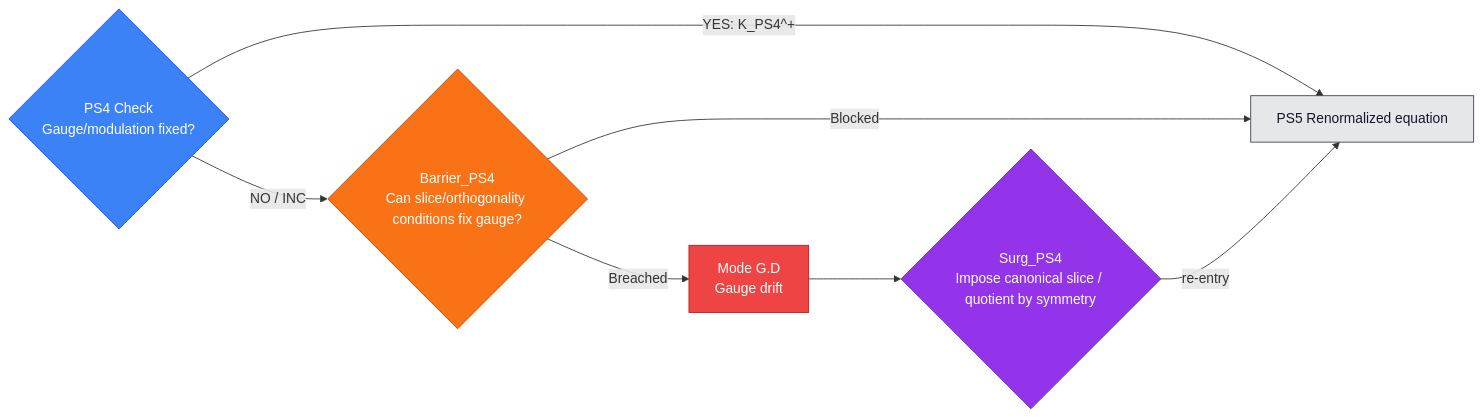
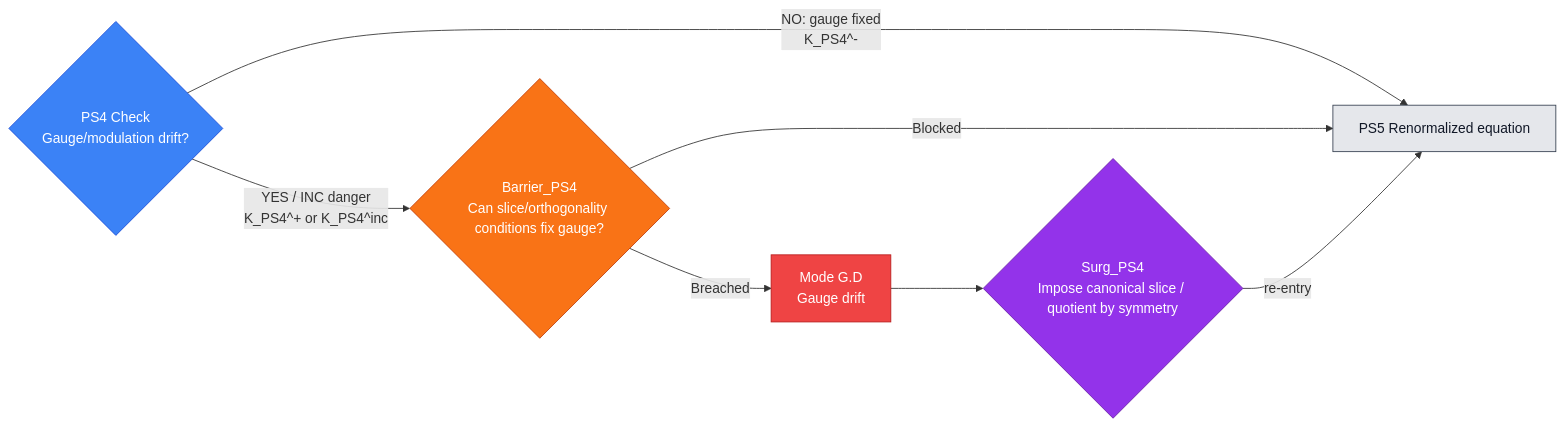
One commit to Guillemdb/hypostructure changed the tenth of 54 diagrams in docs/source/1_hypostructure_formalism/edits/new_sieve.md. Above: the diagram before and after it, drawn with Mermaid. The commit also changed other lines of this file, not shown here.

````diff
--- a/docs/source/1_hypostructure_formalism/edits/new_sieve.md
+++ b/docs/source/1_hypostructure_formalism/edits/new_sieve.md
@@ -1254,23 +1275,23 @@
 ```mermaid
 flowchart LR
-    C{"PS4 Check<br/>Gauge/modulation fixed?"}
-    C -- "YES: K_PS4^+" --> N["PS5 Renormalized equation"]
-    C -- "NO / INC" --> B{"Barrier_PS4<br/>Can slice/orthogonality conditions fix gauge?"}
+    C{"PS4 Check<br/>Gauge/modulation drift?"}
+    C -- "NO: gauge fixed<br/>K_PS4^-" --> N["PS5 Renormalized equation"]
+    C -- "YES / INC danger<br/>K_PS4^+ or K_PS4^inc" --> B{"Barrier_PS4<br/>Can slice/orthogonality conditions fix gauge?"}
     B -- "Blocked" --> N
     B -- "Breached" --> M["Mode G.D<br/>Gauge drift"]
     M --> S{"Surg_PS4<br/>Impose canonical slice / quotient by symmetry"}
     S -- "re-entry" --> N
 
     classDef check fill:#3b82f6,stroke:#1d4ed8,color:#ffffff;
     classDef barrier fill:#f97316,stroke:#c2410c,color:#ffffff;
     classDef mode fill:#ef4444,stroke:#b91c1c,color:#ffffff;
     classDef surgery fill:#9333ea,stroke:#6b21a8,color:#ffffff;
     classDef next fill:#e5e7eb,stroke:#374151,color:#111827;
     classDef terminal fill:#fef3c7,stroke:#d97706,color:#111827;
 
     class C check;
     class B barrier;
     class M mode;
     class S surgery;
     class N next;
 ```
````
